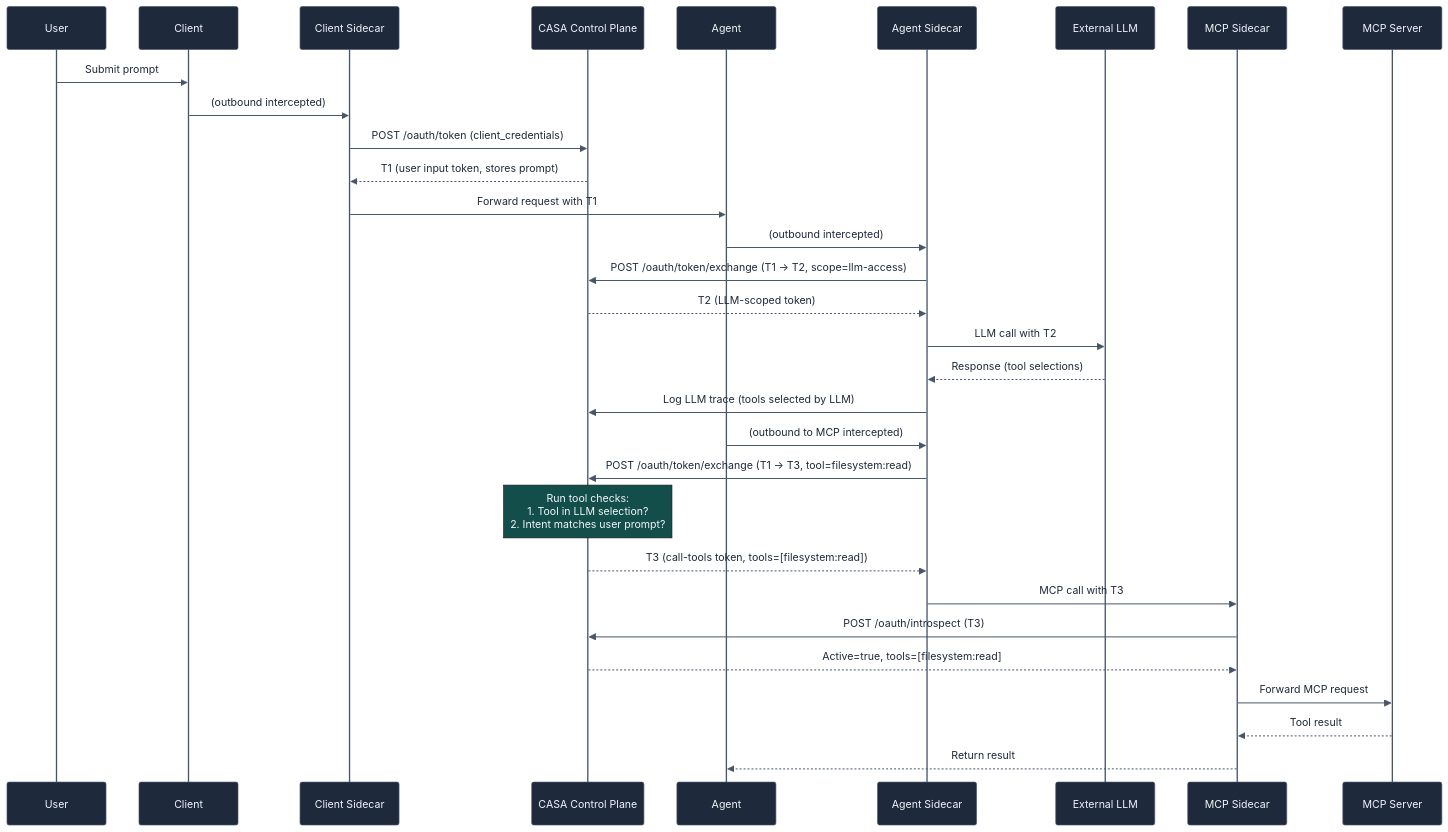
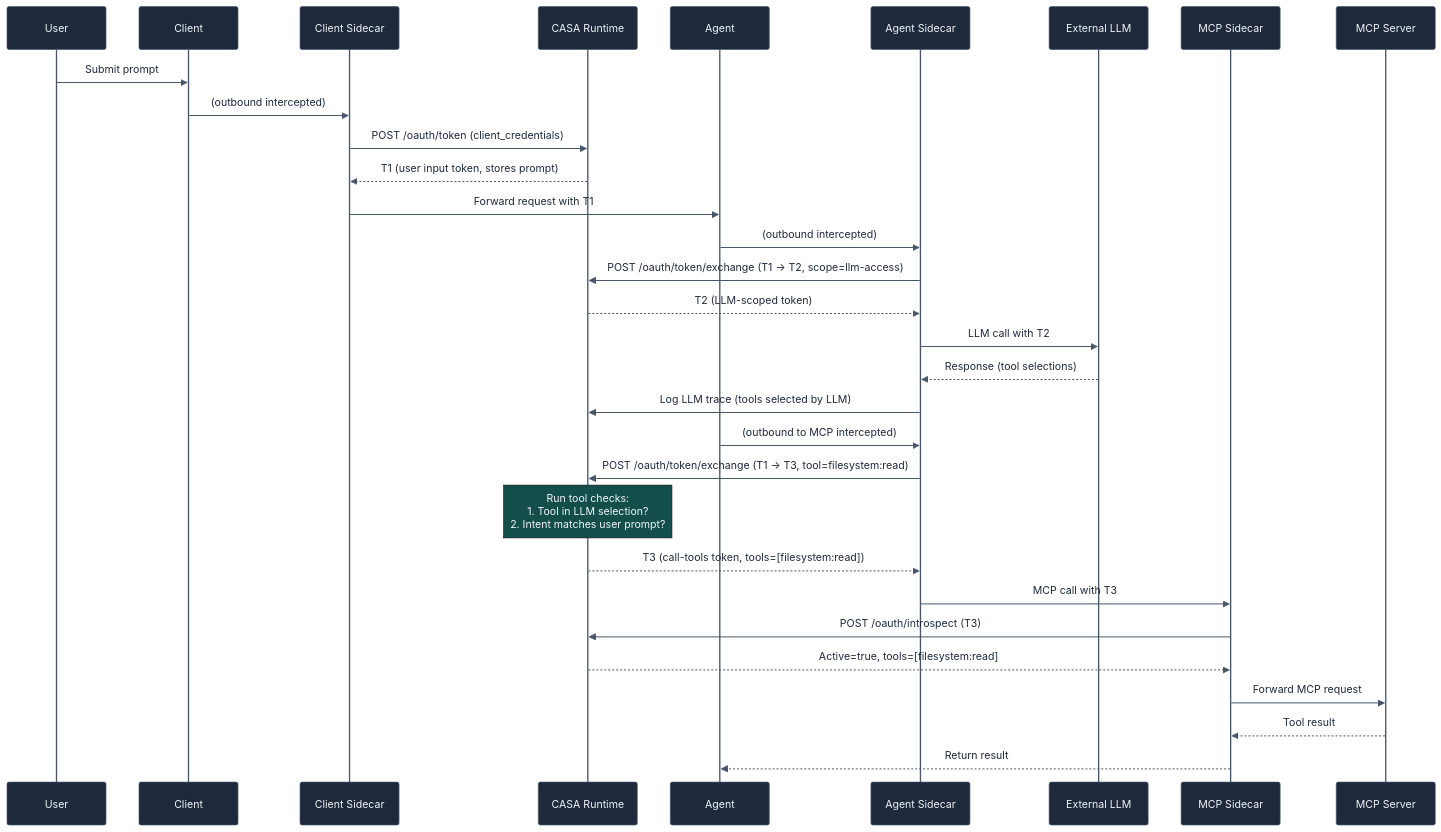
Before and after one commit to outshift-open/CASA: the diagram in docs/ui/docs/concepts/token-flow.md, drawn with Mermaid. The commit also changed other lines of this file and 95 other files, not shown here.

Commit message:
feat: Rename to CASA runtime

````diff
--- a/docs/ui/docs/concepts/token-flow.md
+++ b/docs/ui/docs/concepts/token-flow.md
@@ -23,38 +23,38 @@
 ```mermaid
 %%{init: {'theme': 'base', 'themeVariables': {'background': '#f0fdf4', 'actorBkg': '#1e293b', 'actorBorder': '#475569', 'actorTextColor': '#f1f5f9', 'noteBkgColor': '#134e4a', 'noteTextColor': '#f1f5f9', 'activationBkgColor': '#1a2e05', 'activationBorderColor': '#84cc16', 'signalColor': '#475569', 'signalTextColor': '#1e293b'}}}%%
 sequenceDiagram
     participant User
     participant Client
     participant ClientSidecar as Client Sidecar
-    participant CASA as CASA Control Plane
+    participant CASA as CASA Runtime
     participant Agent
     participant AgentSidecar as Agent Sidecar
     participant LLM as External LLM
     participant MCPSidecar as MCP Sidecar
     participant MCP as MCP Server
 
     User->>Client: Submit prompt
     Client->>ClientSidecar: (outbound intercepted)
     ClientSidecar->>CASA: POST /oauth/token (client_credentials)
     CASA-->>ClientSidecar: T1 (user input token, stores prompt)
     ClientSidecar->>Agent: Forward request with T1
 
     Agent->>AgentSidecar: (outbound intercepted)
     AgentSidecar->>CASA: POST /oauth/token/exchange (T1 → T2, scope=llm-access)
     CASA-->>AgentSidecar: T2 (LLM-scoped token)
     AgentSidecar->>LLM: LLM call with T2
     LLM-->>AgentSidecar: Response (tool selections)
     AgentSidecar->>CASA: Log LLM trace (tools selected by LLM)
 
     Agent->>AgentSidecar: (outbound to MCP intercepted)
     AgentSidecar->>CASA: POST /oauth/token/exchange (T1 → T3, tool=filesystem:read)
     Note over CASA: Run tool checks:<br/>1. Tool in LLM selection?<br/>2. Intent matches user prompt?
     CASA-->>AgentSidecar: T3 (call-tools token, tools=[filesystem:read])
 
     AgentSidecar->>MCPSidecar: MCP call with T3
     MCPSidecar->>CASA: POST /oauth/introspect (T3)
     CASA-->>MCPSidecar: Active=true, tools=[filesystem:read]
     MCPSidecar->>MCP: Forward MCP request
     MCP-->>MCPSidecar: Tool result
     MCPSidecar-->>Agent: Return result
 ```
````
